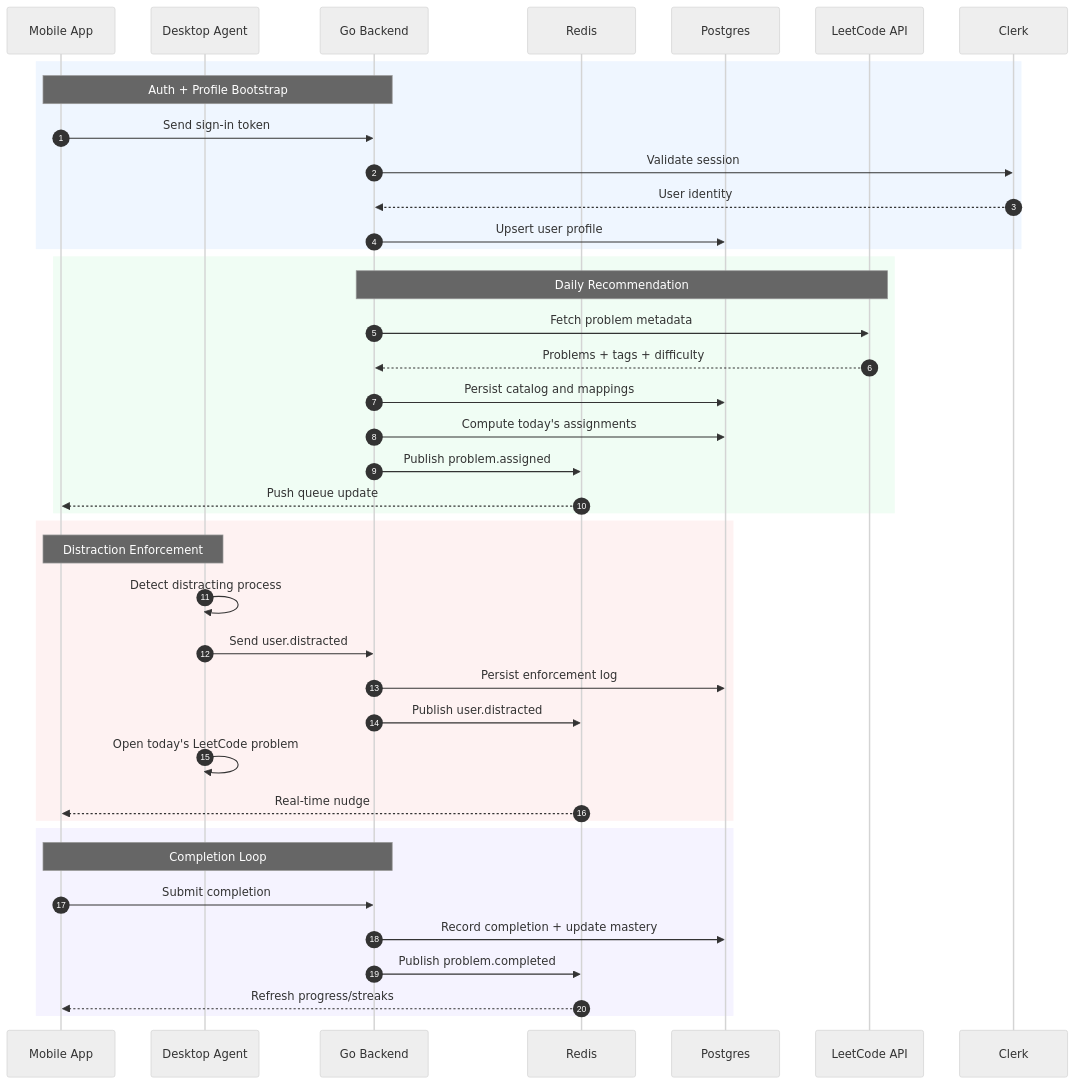
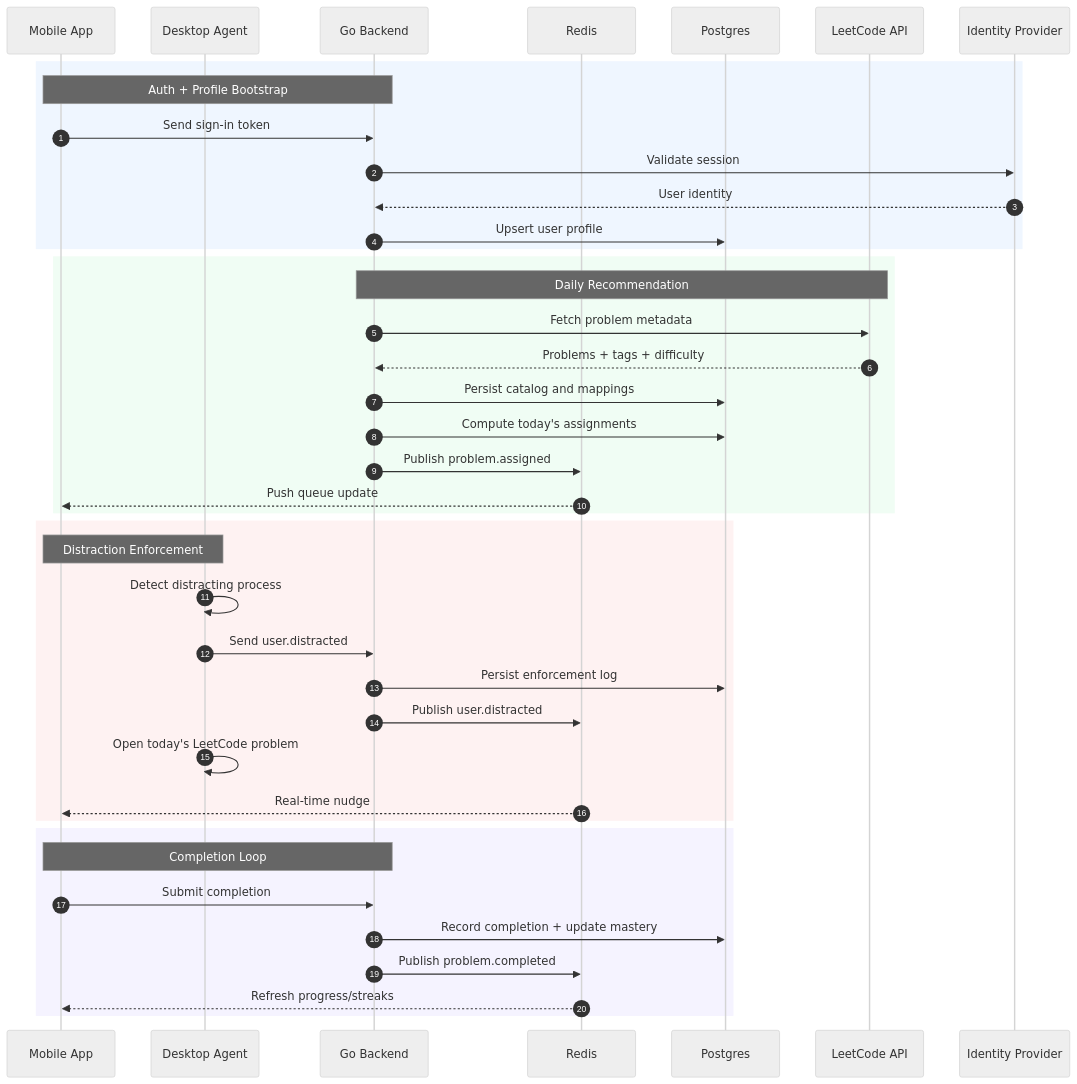
One commit to joewadk/queue_up changed the second of 4 diagrams in README.md. Above: the diagram before and after it, drawn with Mermaid. The commit also changed other lines of this file and 1 other file, not shown here.

````diff
--- a/README.md
+++ b/README.md
@@ -65,48 +64,48 @@
 ```mermaid
 %%{init: {"theme": "neutral"}}%%
 sequenceDiagram
     autonumber
     participant Mobile as Mobile App
     participant Desktop as Desktop Agent
     participant Backend as Go Backend
     participant Redis as Redis
     participant PG as Postgres
     participant LC as LeetCode API
-    participant Clerk as Clerk
+    participant Auth as Identity Provider
 
     rect rgb(239, 246, 255)
         Note over Mobile,Backend: Auth + Profile Bootstrap
         Mobile->>Backend: Send sign-in token
-        Backend->>Clerk: Validate session
-        Clerk-->>Backend: User identity
+        Backend->>Auth: Validate session
+        Auth-->>Backend: User identity
         Backend->>PG: Upsert user profile
     end
 
     rect rgb(240, 253, 244)
         Note over Backend,LC: Daily Recommendation
         Backend->>LC: Fetch problem metadata
         LC-->>Backend: Problems + tags + difficulty
         Backend->>PG: Persist catalog and mappings
         Backend->>PG: Compute today's assignments
         Backend->>Redis: Publish problem.assigned
         Redis-->>Mobile: Push queue update
     end
 
     rect rgb(254, 242, 242)
         Note over Desktop,Mobile: Distraction Enforcement
         Desktop->>Desktop: Detect distracting process
         Desktop->>Backend: Send user.distracted
         Backend->>PG: Persist enforcement log
         Backend->>Redis: Publish user.distracted
         Desktop->>Desktop: Open today's LeetCode problem
         Redis-->>Mobile: Real-time nudge
     end
 
     rect rgb(245, 243, 255)
         Note over Mobile,Backend: Completion Loop
         Mobile->>Backend: Submit completion
         Backend->>PG: Record completion + update mastery
         Backend->>Redis: Publish problem.completed
         Redis-->>Mobile: Refresh progress/streaks
     end
 ```
````
